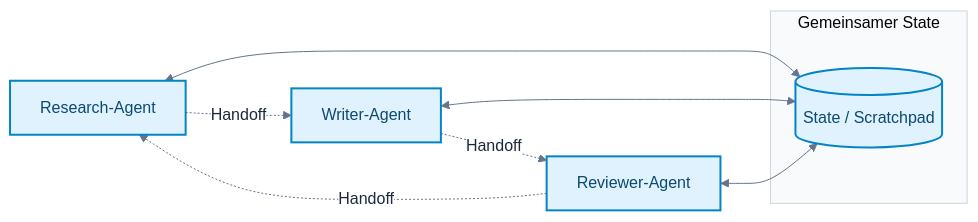
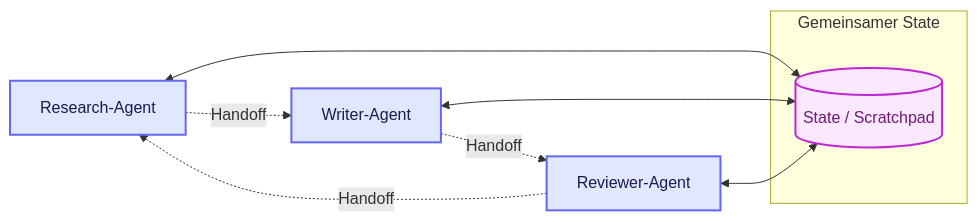
The fourth of 12 diagrams in docs/08-agenten/agent-architekturen.md (ralf-42/GenAI), drawn with Mermaid before and after one commit. The commit also changed other lines of this file and 50 other files, not shown here.

````diff
--- a/docs/08-agenten/agent-architekturen.md
+++ b/docs/08-agenten/agent-architekturen.md
@@ -231,32 +192,23 @@
 ```mermaid
----
-config:
-  theme: base
-  look: classic
-  themeVariables:
-    primaryColor: '#e0f2fe'
-    primaryBorderColor: '#0284c7'
-    primaryTextColor: '#1e293b'
-    lineColor: '#64748b'
-    clusterBkg: '#f8fafc'
-    clusterBorder: '#cbd5e1'
-    noteBkgColor: '#fef3c7'
-    noteBorderColor: '#d97706'
-    noteTextColor: '#78350f'
-    edgeLabelBackground: '#ffffff'
----
-
 flowchart LR
     subgraph Shared["Gemeinsamer State"]
         S[(State / Scratchpad)]
     end
     A[Research-Agent] <--> S
     B[Writer-Agent] <--> S
     C[Reviewer-Agent] <--> S
     A -. Handoff .-> B
     B -. Handoff .-> C
     C -. Handoff .-> A
 
 %% Funktionsfarben nach Mermaid_Best_Practices.md
-classDef default fill:#e0f2fe,stroke:#0284c7,stroke-width:2px,color:#0c4a6e;
+
+    classDef default fill:#e0f2fe,stroke:#0284c7,stroke-width:2px,color:#0c4a6e;
+    classDef input fill:#e0e7ff,stroke:#6366f1,stroke-width:2px,color:#1e1b4b;
+    classDef output fill:#dcfce7,stroke:#16a34a,stroke-width:2px,color:#14532d;
+    classDef target fill:#fae8ff,stroke:#c026d3,stroke-width:2px,color:#701a75;
+
+    class A,B,C input;
+    class Handoff output;
+    class S target;
 ```
````
